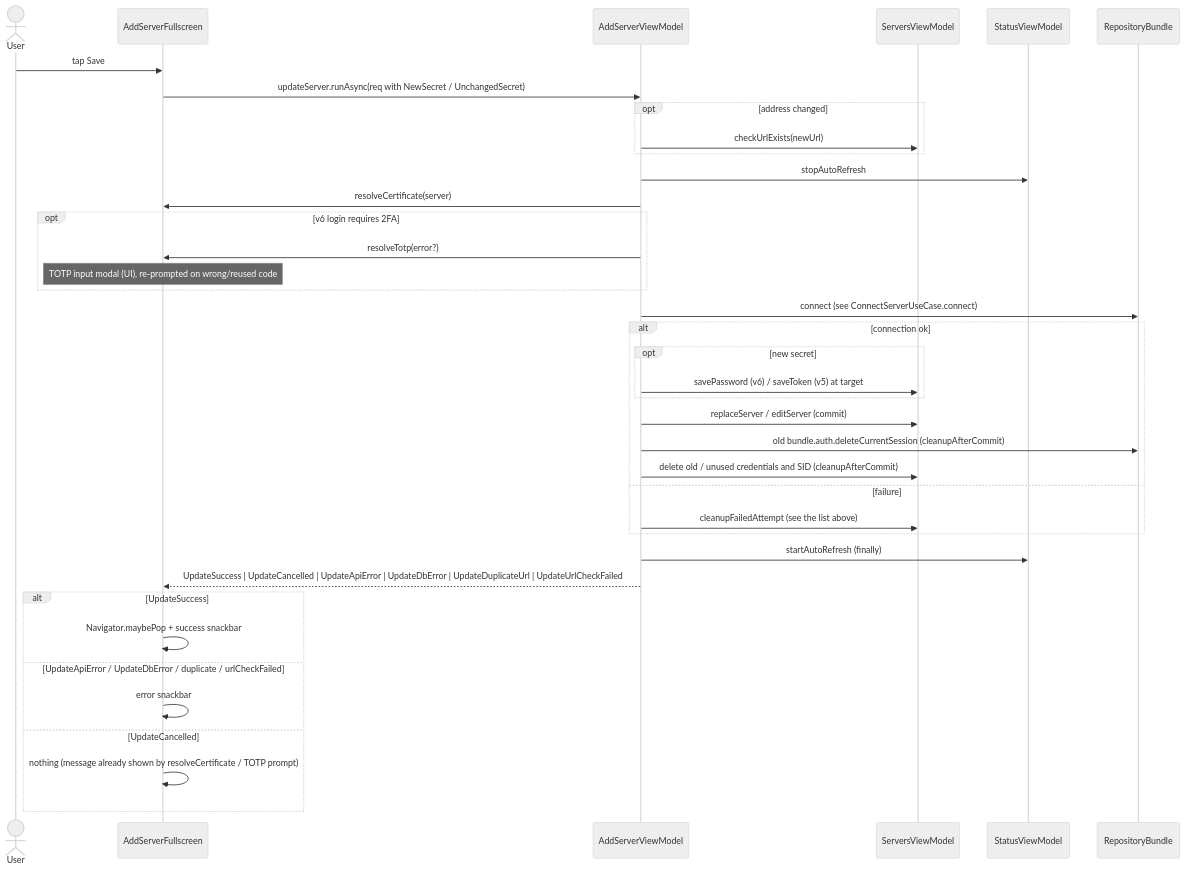
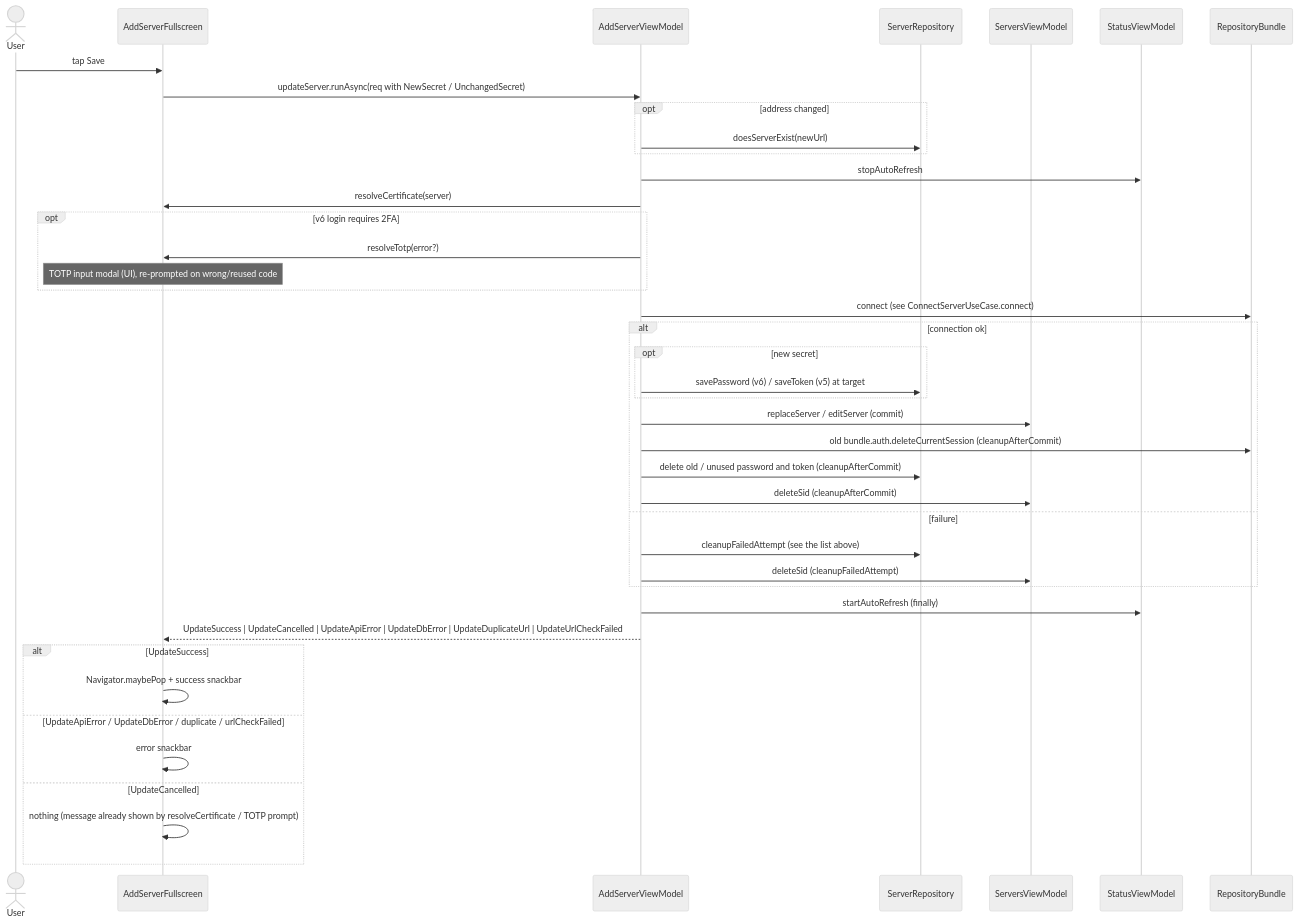
One commit to tsutsu3/pi-hole-client changed the eighth of 8 diagrams in docs/server-connection-flow.md. Above: the diagram before and after it, drawn with Mermaid (neutral theme). The commit also changed other lines of this file and 11 other files, not shown here.

Commit message:
refactor(servers): check URLs and store secrets through ServerRepository

````diff
--- a/docs/server-connection-flow.md
+++ b/docs/server-connection-flow.md
@@ -307,41 +309,44 @@
 ```mermaid
 sequenceDiagram
   actor U as User
   participant W as AddServerFullscreen
   participant VM as AddServerViewModel
+  participant SR as ServerRepository
   participant SV as ServersViewModel
   participant ST as StatusViewModel
   participant B as RepositoryBundle
 
   U->>W: tap Save
   W->>VM: updateServer.runAsync(req with NewSecret / UnchangedSecret)
   opt address changed
-    VM->>SV: checkUrlExists(newUrl)
+    VM->>SR: doesServerExist(newUrl)
   end
   VM->>ST: stopAutoRefresh
   VM->>W: resolveCertificate(server)
   opt v6 login requires 2FA
     VM->>W: resolveTotp(error?)
     Note over W: TOTP input modal (UI), re-prompted on wrong/reused code
   end
   VM->>B: connect (see ConnectServerUseCase.connect)
   alt connection ok
     opt new secret
-      VM->>SV: savePassword (v6) / saveToken (v5) at target
+      VM->>SR: savePassword (v6) / saveToken (v5) at target
     end
     VM->>SV: replaceServer / editServer (commit)
     VM->>B: old bundle.auth.deleteCurrentSession (cleanupAfterCommit)
-    VM->>SV: delete old / unused credentials and SID (cleanupAfterCommit)
+    VM->>SR: delete old / unused password and token (cleanupAfterCommit)
+    VM->>SV: deleteSid (cleanupAfterCommit)
   else failure
-    VM->>SV: cleanupFailedAttempt (see the list above)
+    VM->>SR: cleanupFailedAttempt (see the list above)
+    VM->>SV: deleteSid (cleanupFailedAttempt)
   end
   VM->>ST: startAutoRefresh (finally)
   VM-->>W: UpdateSuccess | UpdateCancelled | UpdateApiError | UpdateDbError | UpdateDuplicateUrl | UpdateUrlCheckFailed
   alt UpdateSuccess
     W->>W: Navigator.maybePop + success snackbar
   else UpdateApiError / UpdateDbError / duplicate / urlCheckFailed
     W->>W: error snackbar
   else UpdateCancelled
     W->>W: nothing (message already shown by resolveCertificate / TOTP prompt)
   end
 ```
````
